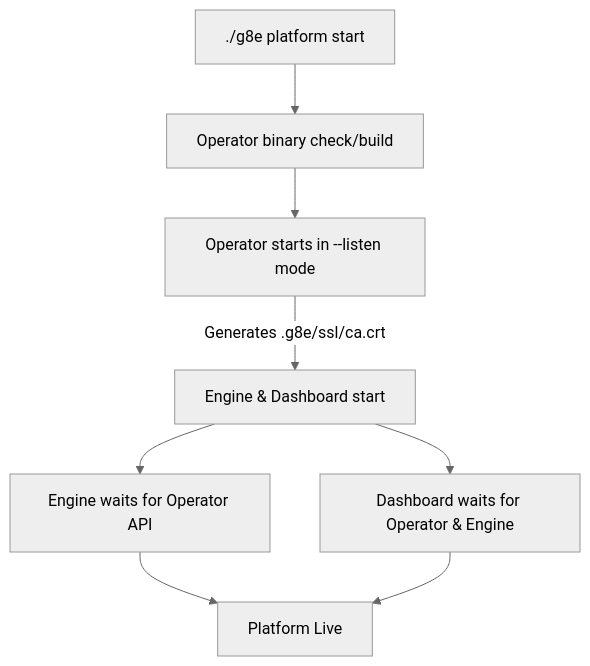
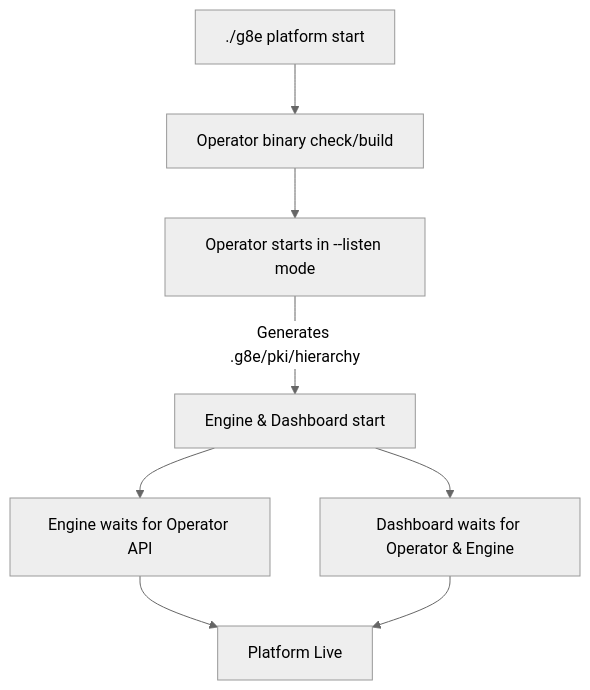
The diagram in docs/architecture/builds.md (g8e-ai/g8e), drawn with Mermaid (neutral theme) before and after one commit. The commit also changed other lines of this file and 971 other files, not shown here.

````diff
--- a/docs/architecture/builds.md
+++ b/docs/architecture/builds.md
@@ -40,9 +40,9 @@
 ```mermaid
 graph TD
     A[./g8e platform start] --> B[Operator binary check/build]
     B --> C[Operator starts in --listen mode]
-    C -->|Generates .g8e/ssl/ca.crt| D[Engine & Dashboard start]
+    C -->|Generates .g8e/pki/hierarchy| D[Engine & Dashboard start]
     D --> E[Engine waits for Operator API]
     D --> F[Dashboard waits for Operator & Engine]
     E & F --> G[Platform Live]
 ```
````
